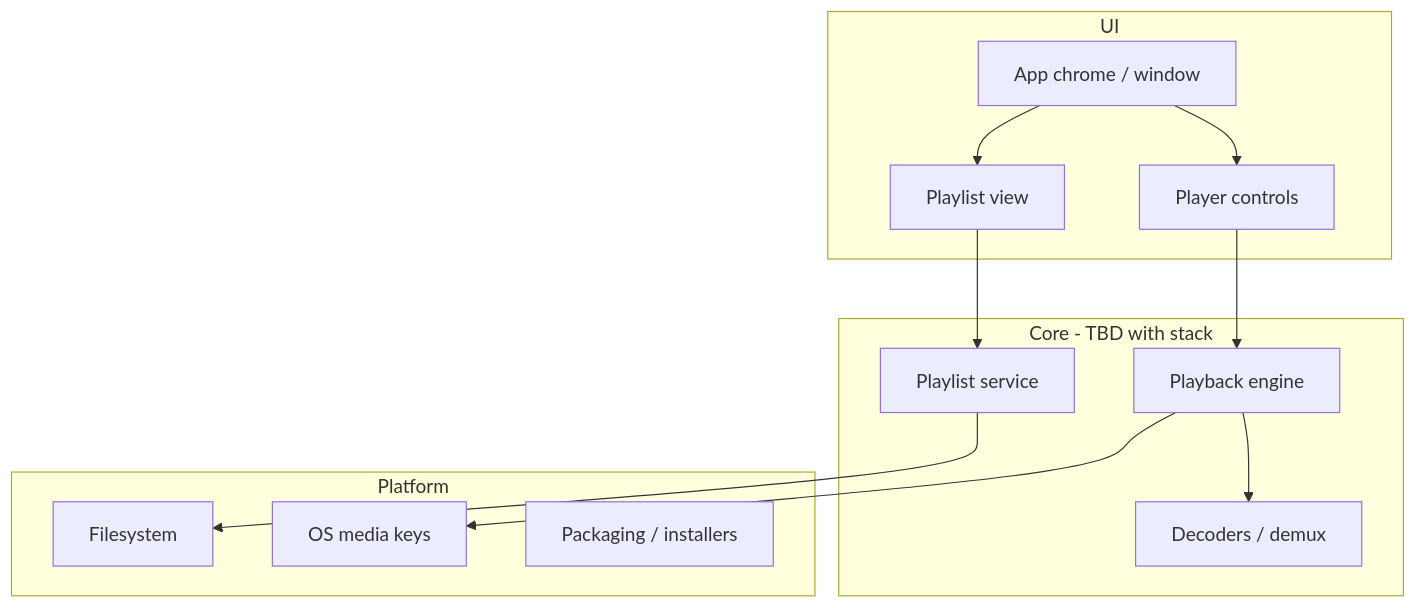
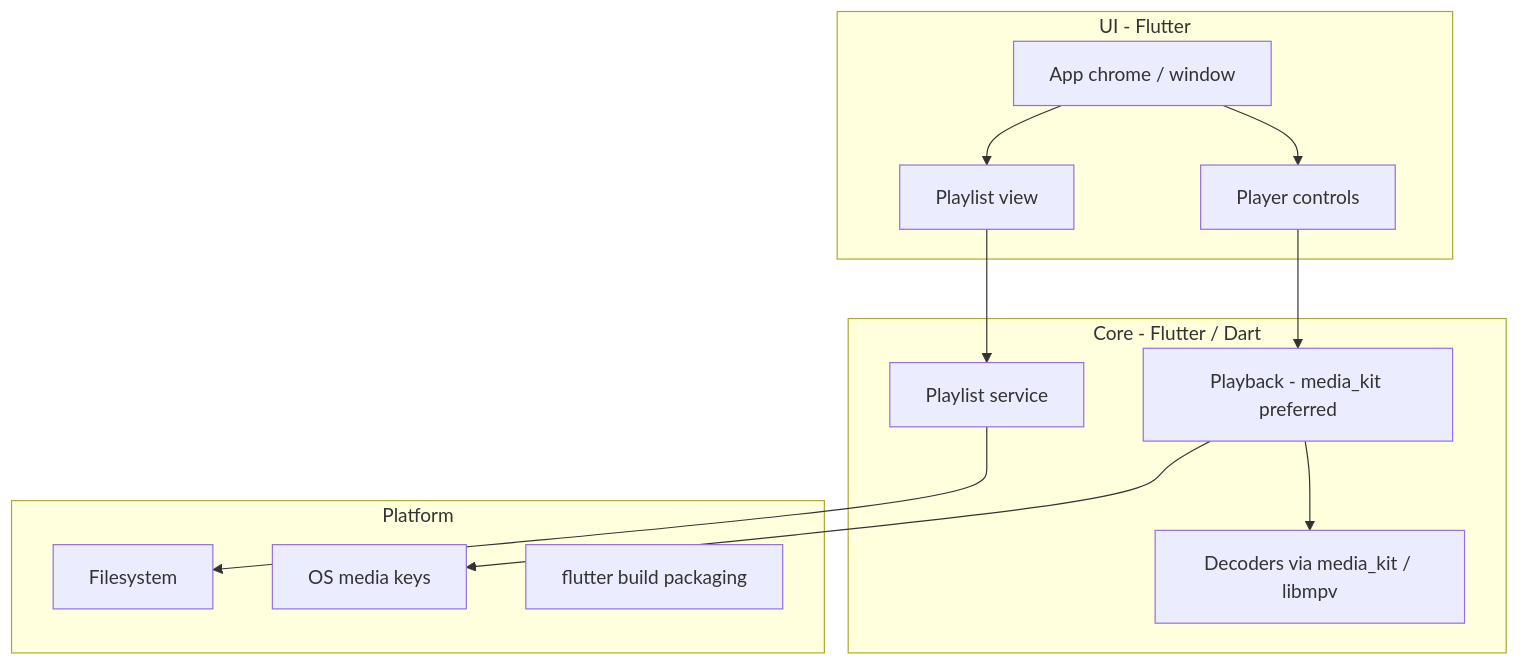
One commit to eliranbenishai/aoide changed the diagram in docs/architecture.md. Above: the diagram before and after it, drawn with Mermaid. The commit also changed other lines of this file and 11 other files, not shown here.

````diff
--- a/docs/architecture.md
+++ b/docs/architecture.md
@@ -18,25 +20,25 @@
 ```mermaid
 flowchart TB
-  subgraph ui [UI]
+  subgraph ui [UI - Flutter]
     Chrome[App chrome / window]
     Player[Player controls]
     Playlist[Playlist view]
   end
-  subgraph core [Core - TBD with stack]
-    Playback[Playback engine]
+  subgraph core [Core - Flutter / Dart]
+    Playback[Playback - media_kit preferred]
     PlaylistSvc[Playlist service]
-    Formats[Decoders / demux]
+    Formats[Decoders via media_kit / libmpv]
   end
   subgraph platform [Platform]
     FS[Filesystem]
     MediaKeys[OS media keys]
-    Pack[Packaging / installers]
+    Pack[flutter build packaging]
   end
   Chrome --> Player
   Chrome --> Playlist
   Player --> Playback
   Playlist --> PlaylistSvc
   Playback --> Formats
   PlaylistSvc --> FS
   Playback --> MediaKeys
 ```
````
